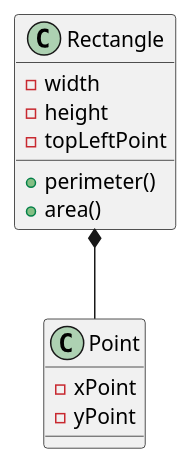
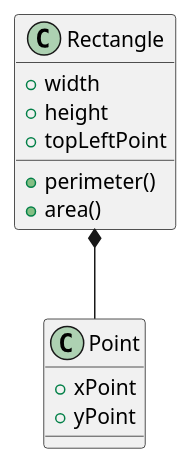
The diagram in lib/0312/point_rectangle.puml (orm-camp-flutter-2ki/learn_dart_together), drawn with PlantUML before and after one commit.

Commit message:
docs: point와 rectangle 클래스 다이어그램 작성
- point와 rectangle은 합성관계(Composition)이다.
- 합성관계는 부분 객체가 전체 객체에 속하는 관계이다.
- 전체 객체가 사라지면 부분 객체도 사라진다.

```diff
--- a/lib/0312/point_rectangle.puml
+++ b/lib/0312/point_rectangle.puml
@@ -1,18 +1,18 @@
 @startuml
 
 class Rectangle {
-    - width
-    - height
-    - topLeftPoint
+    + width
+    + height
+    + topLeftPoint
     + perimeter()
     + area()
 }
 
 class Point {
-    - xPoint
-    - yPoint
+    + xPoint
+    + yPoint
 }
 
 Rectangle *-- Point
 
 @enduml
```
